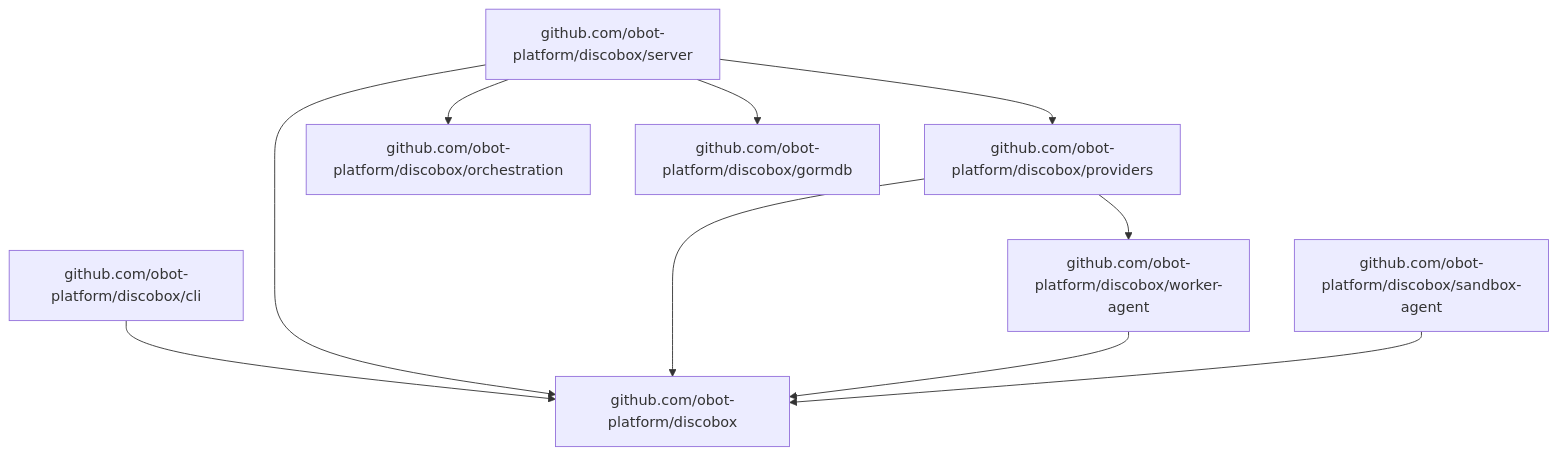
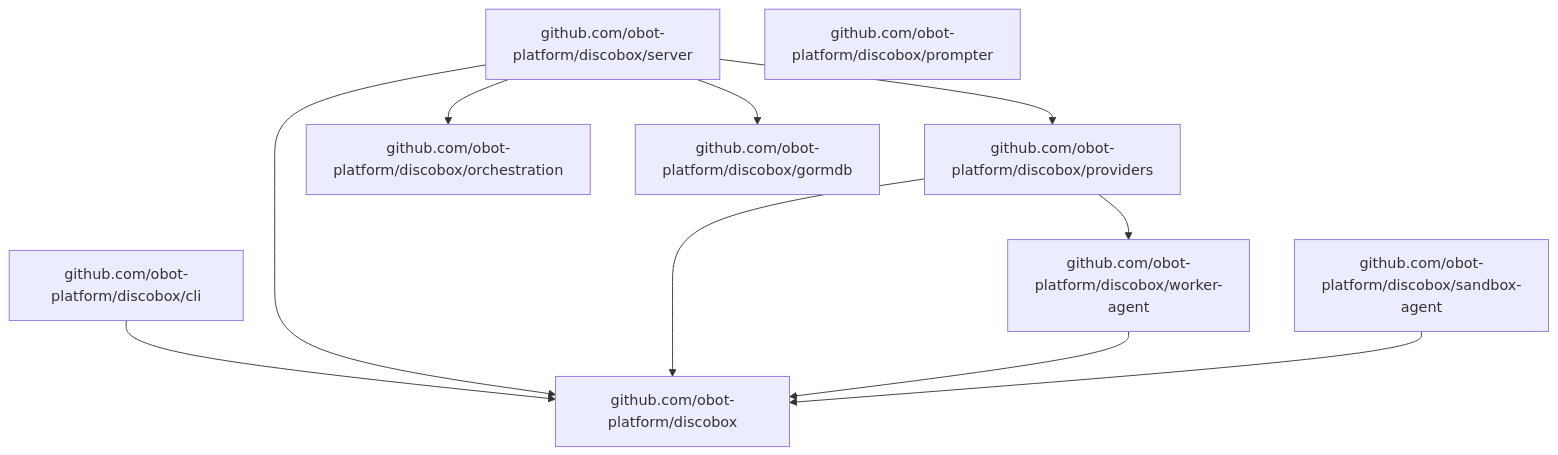
Before and after one commit to discobox-ai/discobox: the second of 2 diagrams in DESIGN.md, drawn with Mermaid. The commit also changed other lines of this file and 35 other files, not shown here.

````diff
--- a/DESIGN.md
+++ b/DESIGN.md
@@ -69,12 +69,13 @@
 ```mermaid
 flowchart TD
     cli[github.com/obot-platform/discobox/cli] --> root[github.com/obot-platform/discobox]
     server[github.com/obot-platform/discobox/server] --> root
     server --> providers[github.com/obot-platform/discobox/providers]
     server --> orchestration[github.com/obot-platform/discobox/orchestration]
     server --> gormdb[github.com/obot-platform/discobox/gormdb]
     providers --> root
     providers --> workerAgent[github.com/obot-platform/discobox/worker-agent]
     workerAgent --> root
     sandboxAgent[github.com/obot-platform/discobox/sandbox-agent] --> root
+    prompter[github.com/obot-platform/discobox/prompter]
 ```
````
